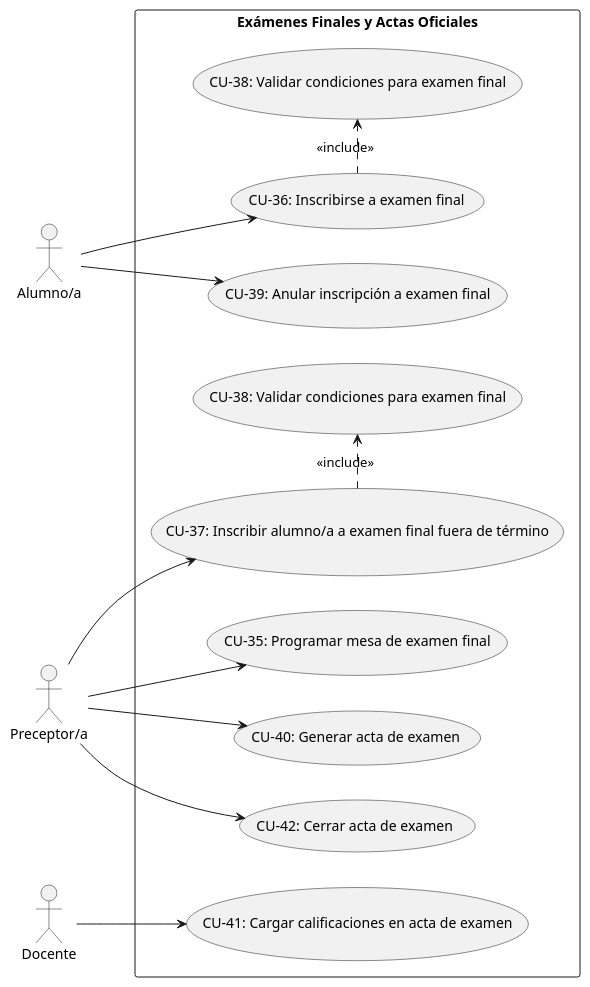
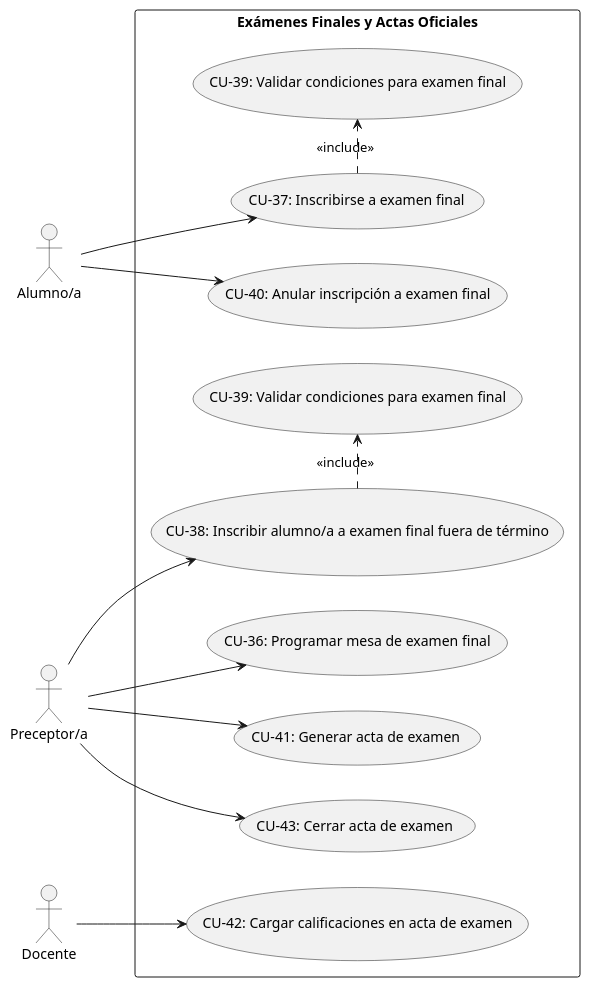
The diagram in CU/06_examenes_y_actas.puml (marcosdima/final-as), drawn with PlantUML before and after one commit. The commit also changed 10 other files, not shown here.

```diff
--- a/CU/06_examenes_y_actas.puml
+++ b/CU/06_examenes_y_actas.puml
@@ -1,39 +1,39 @@
 @startuml 06_examenes_y_actas
 
 left to right direction
 skinparam packageStyle rectangle
 skinparam rectangle {
     BackgroundColor #FFFFFF
 }
 
 actor "Alumno/a" as alumno
 actor "Preceptor/a" as preceptor
 actor "Docente" as docente
 
 rectangle "Exámenes Finales y Actas Oficiales" {
-    usecase "CU-35: Programar mesa de examen final" as CU35
-    usecase "CU-36: Inscribirse a examen final" as CU36
-    usecase "CU-38: Validar condiciones para examen final" as CU38
-    usecase "CU-37: Inscribir alumno/a a examen final fuera de término" as CU37
-    usecase "CU-38: Validar condiciones para examen final" as CU38b
-    usecase "CU-39: Anular inscripción a examen final" as CU39
-    usecase "CU-40: Generar acta de examen" as CU40
-    usecase "CU-41: Cargar calificaciones en acta de examen" as CU41
-    usecase "CU-42: Cerrar acta de examen" as CU42
+    usecase "CU-36: Programar mesa de examen final" as CU36
+    usecase "CU-37: Inscribirse a examen final" as CU37
+    usecase "CU-39: Validar condiciones para examen final" as CU39
+    usecase "CU-38: Inscribir alumno/a a examen final fuera de término" as CU38
+    usecase "CU-39: Validar condiciones para examen final" as CU39b
+    usecase "CU-40: Anular inscripción a examen final" as CU40
+    usecase "CU-41: Generar acta de examen" as CU41
+    usecase "CU-42: Cargar calificaciones en acta de examen" as CU42
+    usecase "CU-43: Cerrar acta de examen" as CU43
 }
 
-alumno --> CU36
-alumno --> CU39
+alumno --> CU37
+alumno --> CU40
 
-CU36 .> CU38 : <<include>>
+CU37 .> CU39 : <<include>>
 
-preceptor --> CU35
-preceptor --> CU37
-preceptor --> CU40
-preceptor --> CU42
+preceptor --> CU36
+preceptor --> CU38
+preceptor --> CU41
+preceptor --> CU43
 
-CU37 .> CU38b : <<include>>
+CU38 .> CU39b : <<include>>
 
-docente --> CU41
+docente --> CU42
 
 @enduml
```
